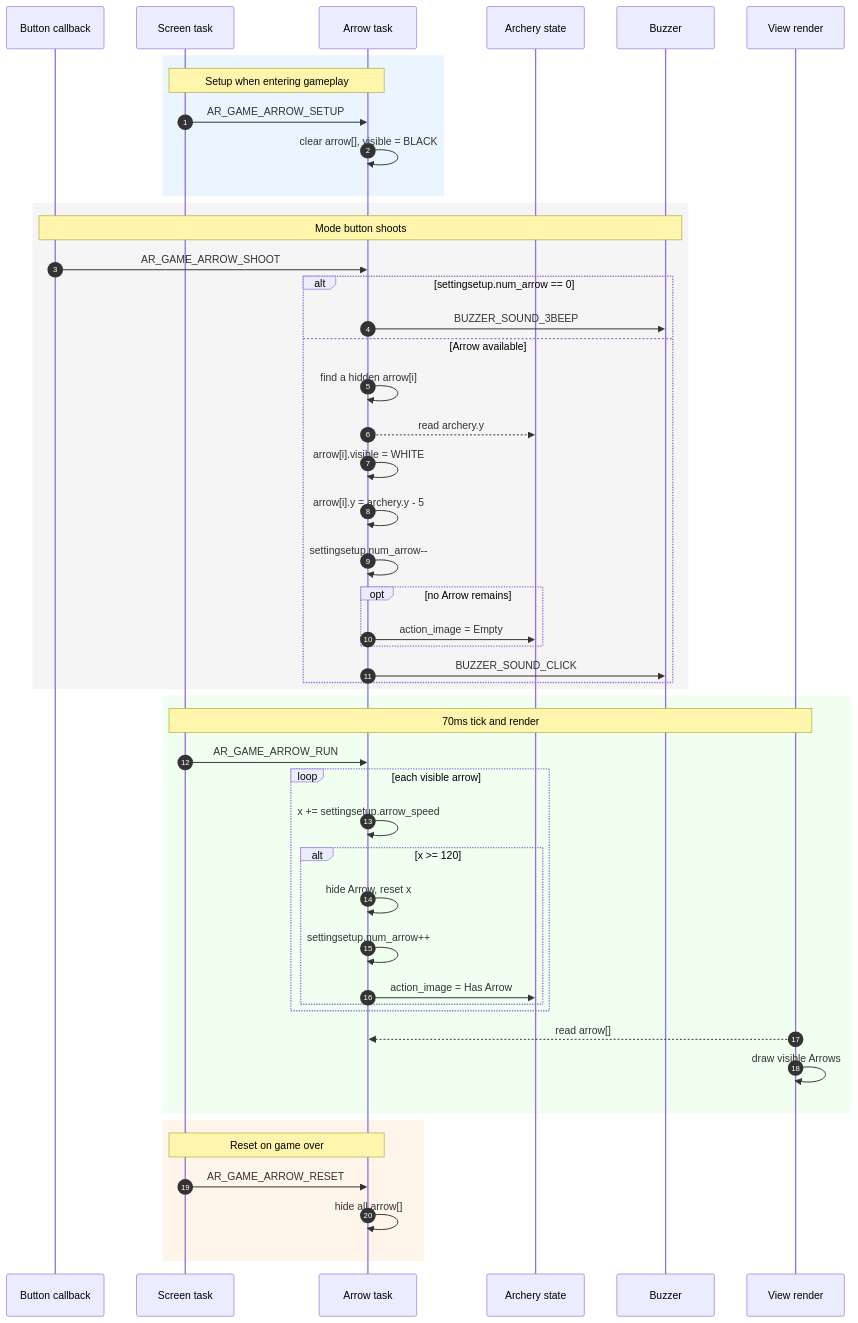
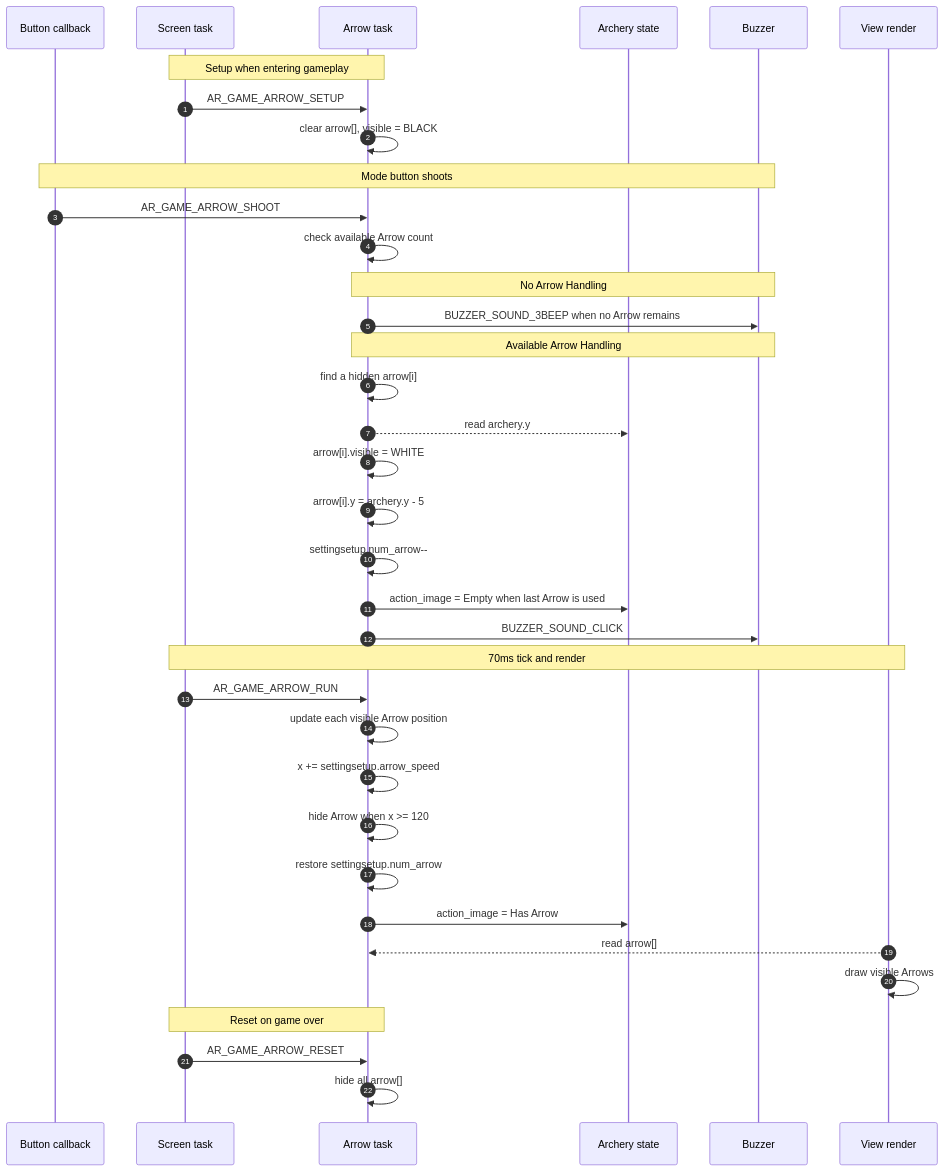
Before and after one commit to QuocBuu/archery_game: the third of 7 diagrams in README_en.md, drawn with Mermaid. The commit also changed other lines of this file and 1 other file, not shown here.

````diff
--- a/README_en.md
+++ b/README_en.md
@@ -286,55 +268,44 @@
 ```mermaid
 sequenceDiagram
     autonumber
     participant Btn as Button callback
     participant Scr as Screen task
     participant A as Arrow task
     participant Bow as Archery state
     participant Buzz as Buzzer
     participant View as View render
 
-    rect rgb(235, 245, 255)
-        Note over Scr,A: Setup when entering gameplay
-        Scr->>A: AR_GAME_ARROW_SETUP
-        A->>A: clear arrow[], visible = BLACK
-    end
+    Note over Scr,A: Setup when entering gameplay
+    Scr->>A: AR_GAME_ARROW_SETUP
+    A->>A: clear arrow[], visible = BLACK
 
-    rect rgb(245, 245, 245)
-        Note over Btn,Buzz: Mode button shoots
-        Btn->>A: AR_GAME_ARROW_SHOOT
-        alt settingsetup.num_arrow == 0
-            A->>Buzz: BUZZER_SOUND_3BEEP
-        else Arrow available
-            A->>A: find a hidden arrow[i]
-            A-->>Bow: read archery.y
-            A->>A: arrow[i].visible = WHITE
-            A->>A: arrow[i].y = archery.y - 5
-            A->>A: settingsetup.num_arrow--
-            opt no Arrow remains
-                A->>Bow: action_image = Empty
-            end
-            A->>Buzz: BUZZER_SOUND_CLICK
-        end
-    end
+    Note over Btn,Buzz: Mode button shoots
+    Btn->>A: AR_GAME_ARROW_SHOOT
+    A->>A: check available Arrow count
 
-    rect rgb(240, 255, 240)
-        Note over Scr,View: 70ms tick and render
-        Scr->>A: AR_GAME_ARROW_RUN
-        loop each visible arrow
-            A->>A: x += settingsetup.arrow_speed
-            alt x >= 120
-                A->>A: hide Arrow, reset x
-                A->>A: settingsetup.num_arrow++
-                A->>Bow: action_image = Has Arrow
-            end
-        end
-        View-->>A: read arrow[]
-        View->>View: draw visible Arrows
-    end
+    Note over A,Buzz: No Arrow Handling
+    A->>Buzz: BUZZER_SOUND_3BEEP when no Arrow remains
 
-    rect rgb(255, 245, 235)
-        Note over Scr,A: Reset on game over
-        Scr->>A: AR_GAME_ARROW_RESET
-        A->>A: hide all arrow[]
-    end
+    Note over A,Buzz: Available Arrow Handling
+    A->>A: find a hidden arrow[i]
+    A-->>Bow: read archery.y
+    A->>A: arrow[i].visible = WHITE
+    A->>A: arrow[i].y = archery.y - 5
+    A->>A: settingsetup.num_arrow--
+    A->>Bow: action_image = Empty when last Arrow is used
+    A->>Buzz: BUZZER_SOUND_CLICK
+
+    Note over Scr,View: 70ms tick and render
+    Scr->>A: AR_GAME_ARROW_RUN
+    A->>A: update each visible Arrow position
+    A->>A: x += settingsetup.arrow_speed
+    A->>A: hide Arrow when x >= 120
+    A->>A: restore settingsetup.num_arrow
+    A->>Bow: action_image = Has Arrow
+    View-->>A: read arrow[]
+    View->>View: draw visible Arrows
+
+    Note over Scr,A: Reset on game over
+    Scr->>A: AR_GAME_ARROW_RESET
+    A->>A: hide all arrow[]
 ```
````
